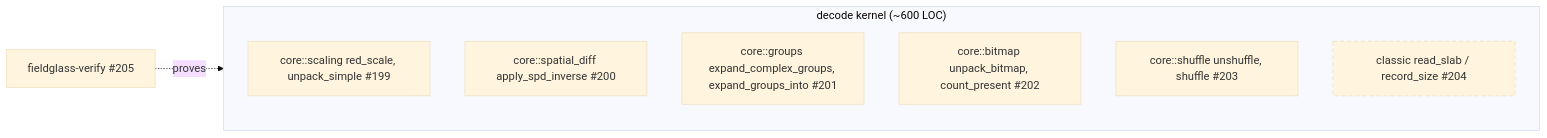
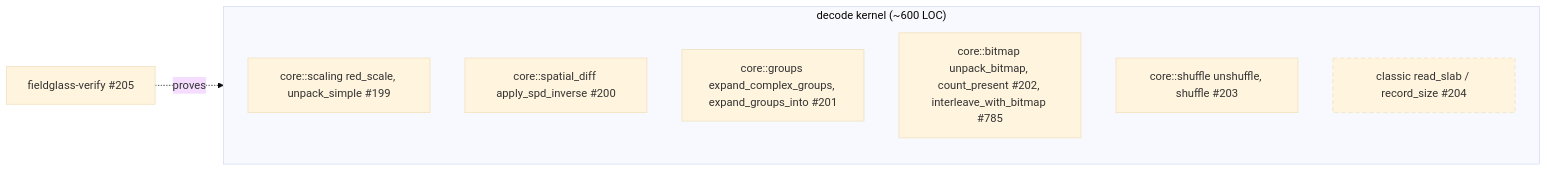
Before and after one commit to D0ubleD0uble/fieldglass: the sixth of 6 diagrams in docs/architecture/planned/02-trait-seams.md, drawn with Mermaid (base theme). The commit also changed 10 other files, not shown here.

First line of the commit message:
refactor(core): spread GRIB values over a bitmap once, with a Verus proof

````diff
--- a/docs/architecture/planned/02-trait-seams.md
+++ b/docs/architecture/planned/02-trait-seams.md
@@ -399,14 +399,14 @@
 ```mermaid
 flowchart LR
     subgraph kernel["decode kernel (~600 LOC)"]
         t1a["core::scaling red_scale, unpack_simple #199"]
         t1b["core::spatial_diff apply_spd_inverse #200"]
         t1c["core::groups expand_complex_groups, expand_groups_into #201"]
-        t2a["core::bitmap unpack_bitmap, count_present #202"]
+        t2a["core::bitmap unpack_bitmap, count_present #202, interleave_with_bitmap #785"]
         t2b["core::shuffle unshuffle, shuffle #203"]
         t3["classic read_slab / record_size #204"]
     end
     verify["fieldglass-verify #205"] -. proves .-> kernel
     classDef planned stroke-dasharray: 6 4
     class t3 planned
 ```
````
